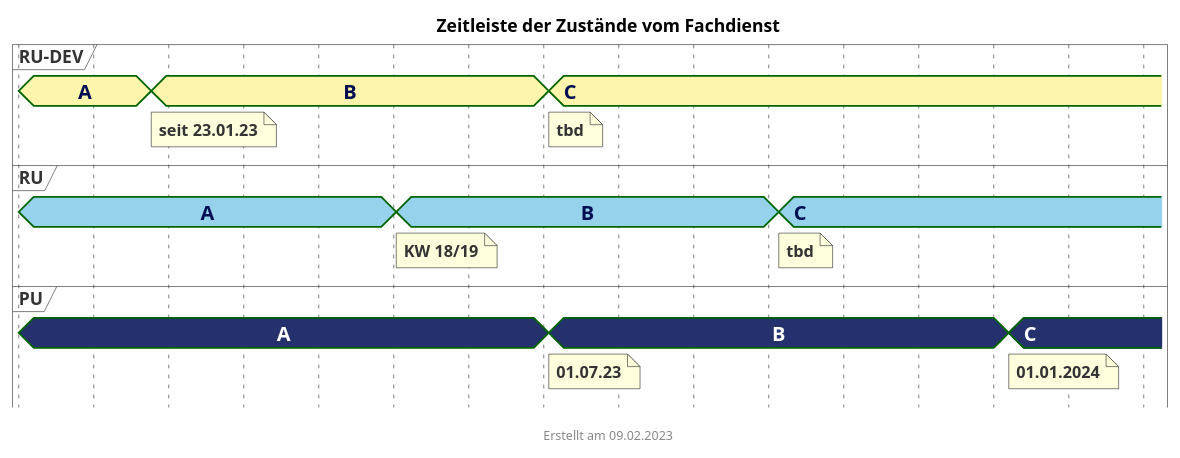
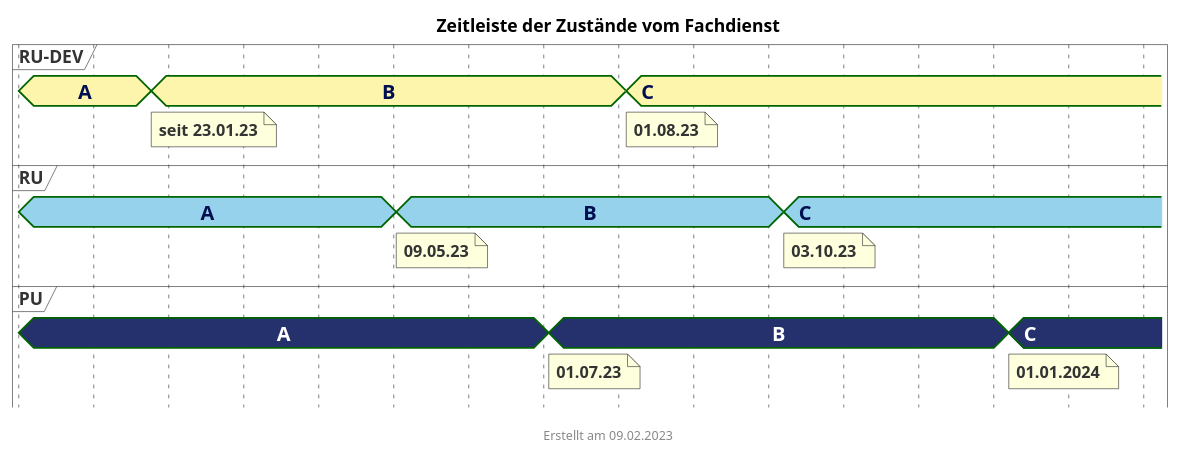
Before and after one commit to gematik/api-erp: the diagram in puml/fd_zustaende_timeline.puml, drawn with PlantUML. The commit also changed 1 other file, not shown here.

```diff
--- a/puml/fd_zustaende_timeline.puml
+++ b/puml/fd_zustaende_timeline.puml
@@ -1,71 +1,73 @@
 @startuml fhir_version_timeline
 <style>
 root {
     Margin 0 0 0 30
 }
 
 timingDiagram {
   .rudevcolor {
     FontColor #000e52
     Fontsize 16
     FontStyle bold
     Backgroundcolor #FEF5AC
   }
   .rucolor {
     FontColor #000e52
     Fontsize 16
     FontStyle bold
     Backgroundcolor #97D2EC
   }
   .pucolor {
     FontColor #ffffff
     Fontsize 16
     FontStyle bold
     BackgroundColor #25316D
   }
 }
 </style>
 title Zeitleiste der Zustände vom Fachdienst
 footer Erstellt am 09.02.2023
 
 concise "RU-DEV" as RUDEV <<rudevcolor>>
 concise "RU" as RU <<rucolor>>
 concise "PU" as PU <<pucolor>>
 
 
 '30 days is scaled to 50 pixels
 scale 2592000 as 60 pixels
 hide time-axis
 'manual time-axis
 'use date format "dd.MM.yyyy"
 
 @2022/12/01
 RUDEV is "A"
 RU is "A"
 PU is "A"
 
 @2023/01/23
 RUDEV is "B"
 note bottom of RUDEV : seit 23.01.23
 
 @2023/05/01
 RU is "B"
-note bottom of RU : KW 18/19
+note bottom of RU : 09.05.23
 
 @2023/07/01
 PU is "B"
 note bottom of PU : 01.07.23
+
+@2023/08/01
 RUDEV is "C"
-note bottom of RUDEV : tbd
+note bottom of RUDEV : 01.08.23
 
-@2023/10/01
+@2023/10/03
 RU is "C"
-note bottom of RU : tbd
+note bottom of RU : 03.10.23
 
 
 @2024/01/01
 PU is "C"
 note bottom of PU : 01.01.2024
 
 @2024/02/01
 @enduml
```
